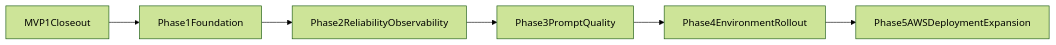
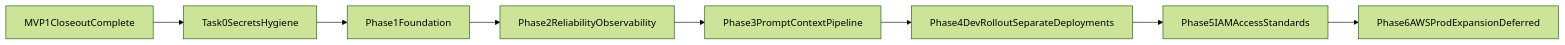
The diagram in PRD/analysis/MVP2-bedrock-integration-roadmap.md (ChrisMiho/TheJudge), drawn with Mermaid (forest theme) before and after one commit. The commit also changed other lines of this file and 5 other files, not shown here.

First line of the commit message:
Add MVP2 secrets guardrails and IAM rollout clarity.

````diff
--- a/PRD/analysis/MVP2-bedrock-integration-roadmap.md
+++ b/PRD/analysis/MVP2-bedrock-integration-roadmap.md
@@ -207,8 +328,10 @@
 ```mermaid
 flowchart LR
-  mvp1Closeout[MVP1Closeout] --> phase1[Phase1Foundation]
+  mvp1Done[MVP1CloseoutComplete] --> task0[Task0SecretsHygiene]
+  task0 --> phase1[Phase1Foundation]
   phase1 --> phase2[Phase2ReliabilityObservability]
-  phase2 --> phase3[Phase3PromptQuality]
-  phase3 --> phase4[Phase4EnvironmentRollout]
-  phase4 --> phase5[Phase5AWSDeploymentExpansion]
+  phase2 --> phase3[Phase3PromptContextPipeline]
+  phase3 --> phase4[Phase4DevRolloutSeparateDeployments]
+  phase4 --> phase5[Phase5IAMAccessStandards]
+  phase5 --> phase6[Phase6AWSProdExpansionDeferred]
 ```
````
